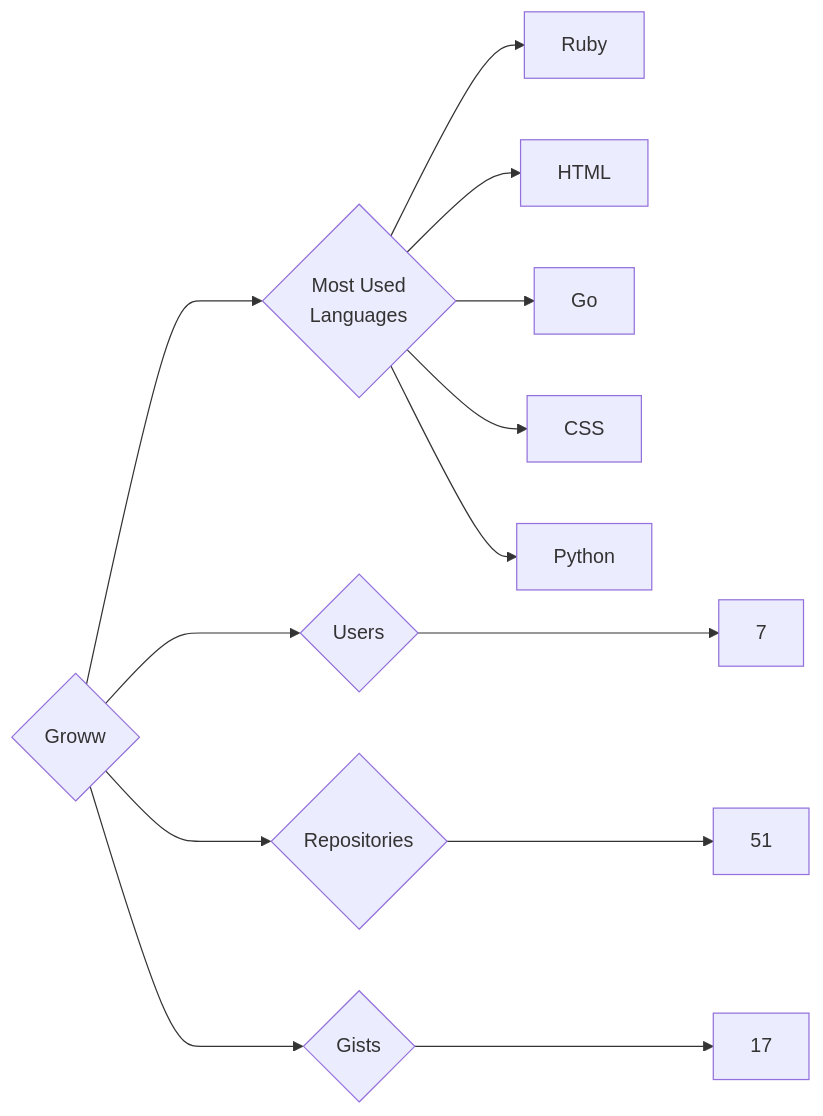
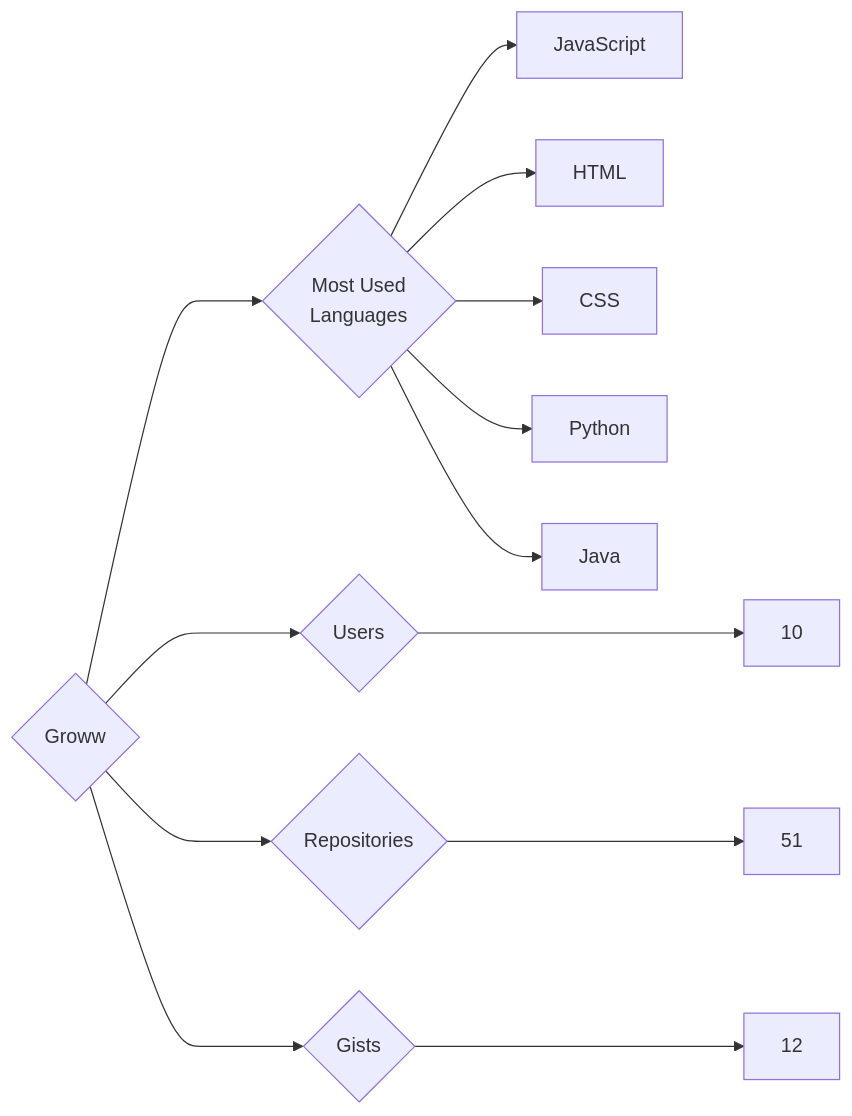
The diagram in targets/Groww/README.md (trickest/insiders), drawn with Mermaid before and after one commit. The commit also changed 1238 other files, not shown here.

````diff
--- a/targets/Groww/README.md
+++ b/targets/Groww/README.md
@@ -3,13 +3,13 @@
 ```mermaid
 graph LR
 COMPANY_NAME{Groww}
-COMPANY_NAME ---> U{Users} ---> UN[7]
+COMPANY_NAME ---> U{Users} ---> UN[10]
 COMPANY_NAME ---> R{Repositories} ---> RN[51]
-COMPANY_NAME ---> G{Gists} ---> GN[17]
+COMPANY_NAME ---> G{Gists} ---> GN[12]
 COMPANY_NAME ---> ML{Most Used<br>Languages}
-ML --> Ruby[Ruby]
+ML --> JavaScript[JavaScript]
 ML --> HTML[HTML]
-ML --> Go[Go]
 ML --> CSS[CSS]
 ML --> Python[Python]
+ML --> Java[Java]
 ```
````
